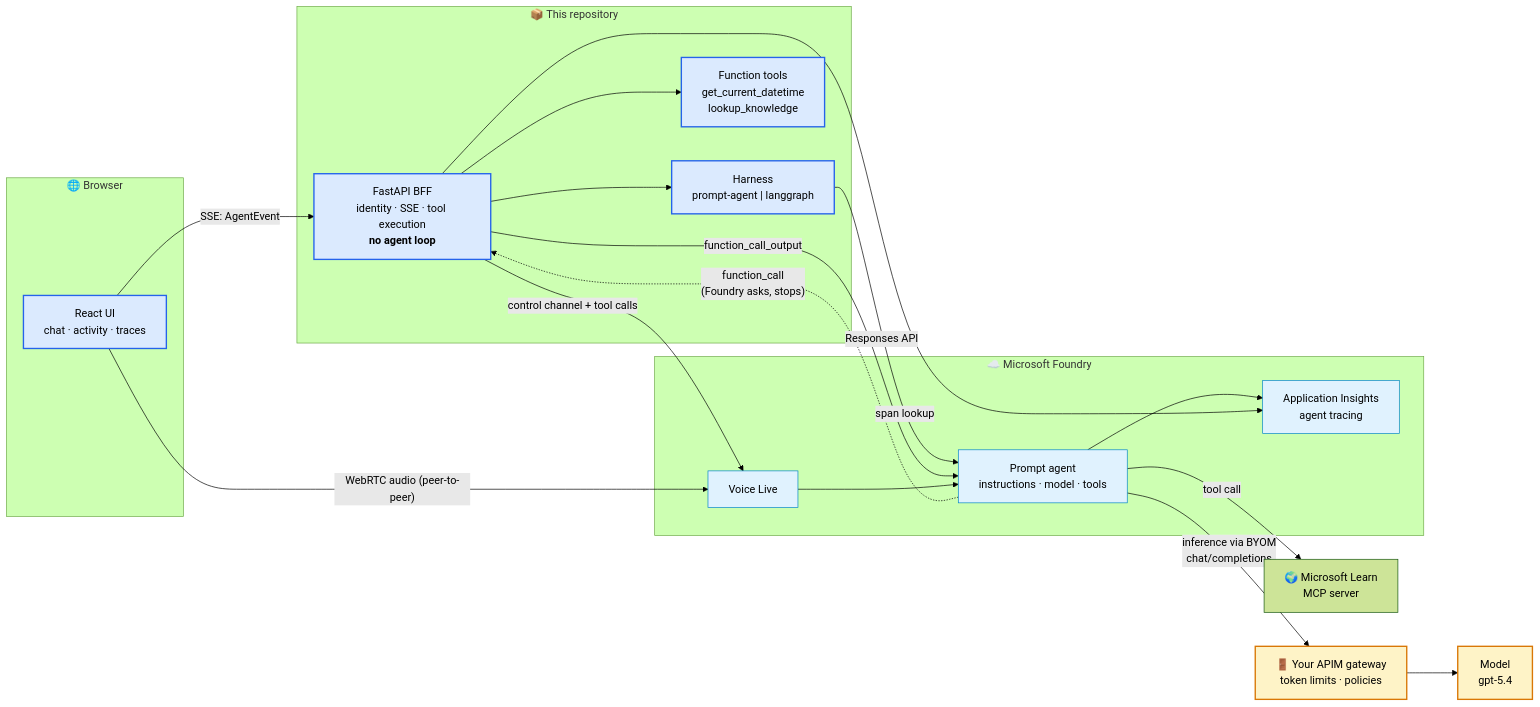
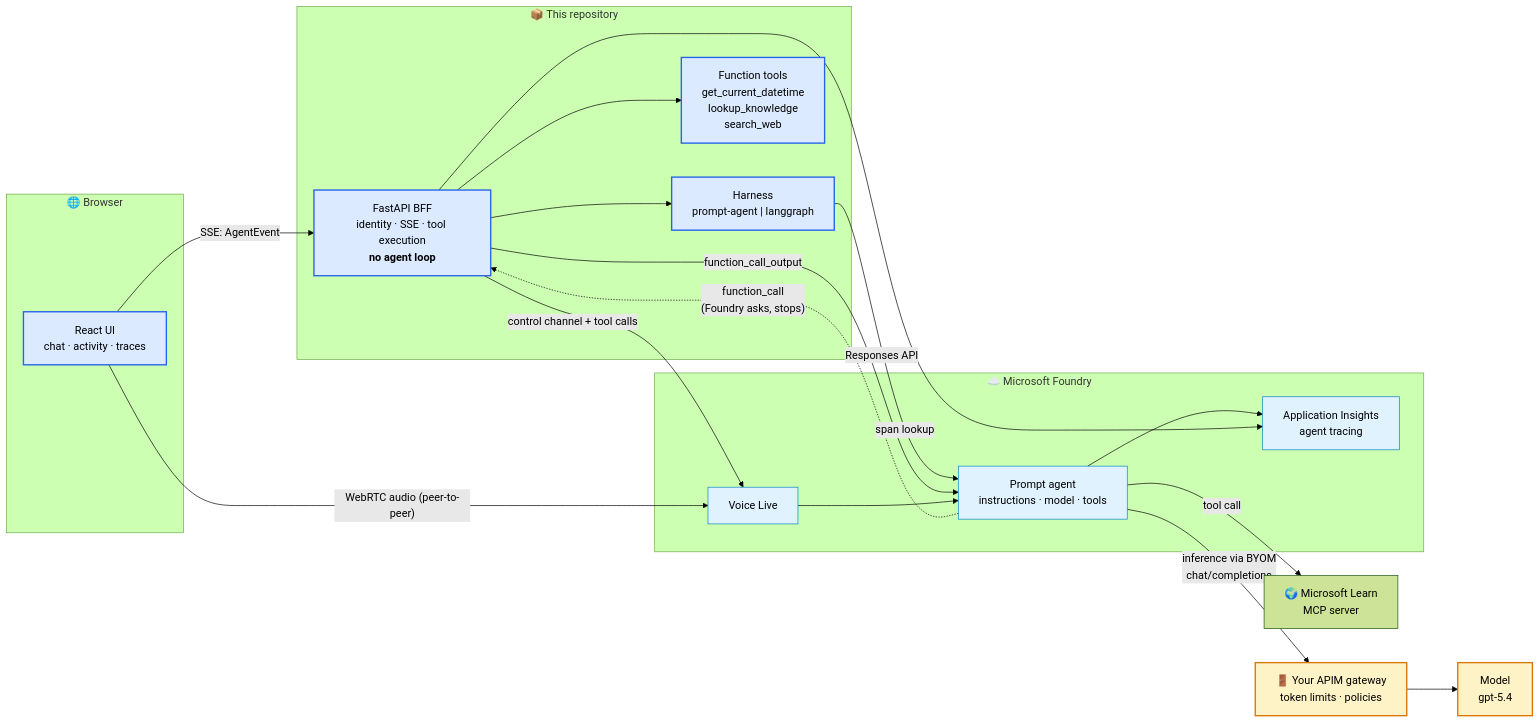
The diagram in README.md (reginaldosilva27/foundry-live-agent), drawn with Mermaid (forest theme) before and after one commit. The commit also changed other lines of this file and 44 other files, not shown here.

First line of the commit message:
feat: enhance voice session configuration and add web search tool

````diff
--- a/README.md
+++ b/README.md
@@ -63,43 +63,43 @@
 ```mermaid
 flowchart LR
     subgraph browser["🌐 Browser"]
         UI["React UI<br/>chat · activity · traces"]
     end
 
     subgraph app["📦 This repository"]
         BFF["FastAPI BFF<br/>identity · SSE · tool execution<br/><b>no agent loop</b>"]
         H["Harness<br/>prompt-agent | langgraph"]
-        T["Function tools<br/>get_current_datetime<br/>lookup_knowledge"]
+        T["Function tools<br/>get_current_datetime<br/>lookup_knowledge<br/>search_web"]
     end
 
     subgraph foundry["☁️ Microsoft Foundry"]
         AG["Prompt agent<br/>instructions · model · tools"]
         VL["Voice Live"]
         AI["Application Insights<br/>agent tracing"]
     end
 
     GW["🚪 Your APIM gateway<br/>token limits · policies"]
     MODEL["Model<br/>gpt-5.4"]
     MCP["🌍 Microsoft Learn<br/>MCP server"]
 
     UI -- "SSE: AgentEvent" --> BFF
     BFF --> H
     H -- "Responses API" --> AG
     AG -- "inference via BYOM<br/>chat/completions" --> GW --> MODEL
     AG -- "tool call" --> MCP
     AG -. "function_call<br/>(Foundry asks, stops)" .-> BFF
     BFF -- "function_call_output" --> AG
     BFF --> T
     UI -- "WebRTC audio (peer-to-peer)" --> VL
     BFF -- "control channel + tool calls" --> VL
     VL --> AG
     AG --> AI
     BFF -- "span lookup" --> AI
 
     classDef ours fill:#dbeafe,stroke:#2563eb,stroke-width:2px
     classDef theirs fill:#e0f2fe,stroke:#0284c7
     classDef gw fill:#fef3c7,stroke:#d97706,stroke-width:2px
     class BFF,H,T,UI ours
     class AG,VL,AI theirs
     class GW,MODEL gw
 ```
````
